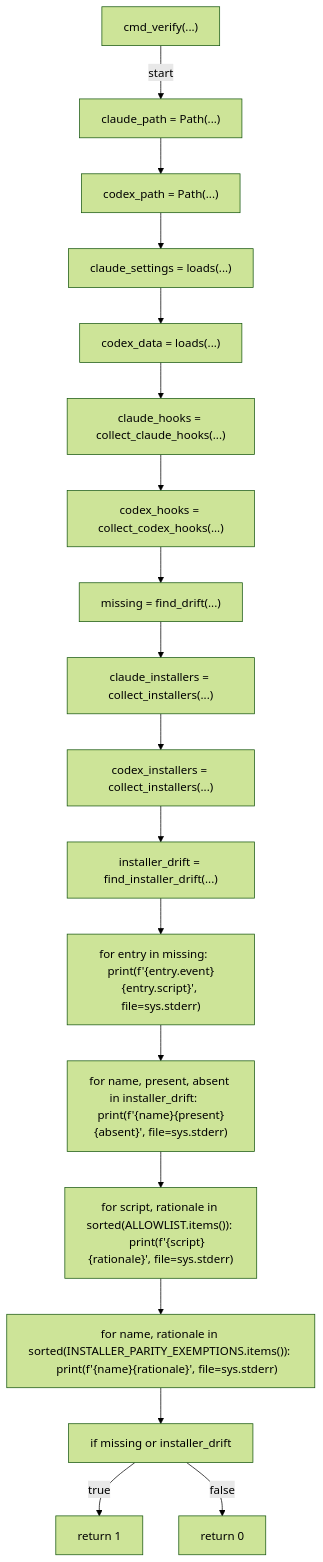
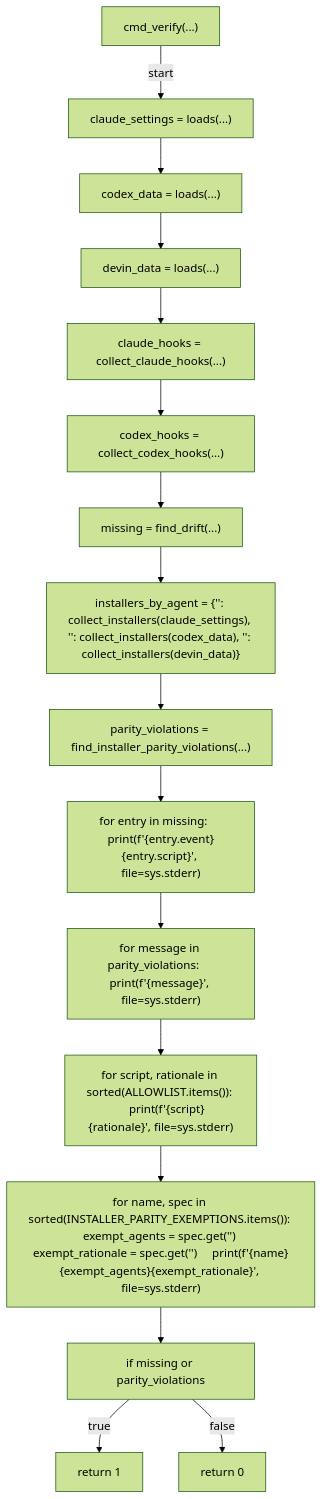
One commit to tvna/claude-md changed diagram 11 of 12 in docs/generated/scripts/ast/scan_hook_coverage_drift.md. Above: the diagram before and after it, drawn with Mermaid (forest theme). The commit also changed other lines of this file, not shown here.

First line of the commit message:
docs(generated): regenerate decision tree and workflow diagrams

````diff
--- a/docs/generated/scripts/ast/scan_hook_coverage_drift.md
+++ b/docs/generated/scripts/ast/scan_hook_coverage_drift.md
@@ -114,38 +157,34 @@
 ```mermaid
 flowchart TD
     N001["cmd_verify(...)"]
-    N002["claude_path = Path(...)"]
-    N003["codex_path = Path(...)"]
-    N004["claude_settings = loads(...)"]
-    N005["codex_data = loads(...)"]
-    N006["claude_hooks = collect_claude_hooks(...)"]
-    N007["codex_hooks = collect_codex_hooks(...)"]
-    N008["missing = find_drift(...)"]
-    N009["claude_installers = collect_installers(...)"]
-    N010["codex_installers = collect_installers(...)"]
-    N011["installer_drift = find_installer_drift(...)"]
-    N012["for entry in missing:     print(f'<str>{entry.event}<str>{entry.script}<str>', file=sys.stderr)"]
-    N013["for name, present, absent in installer_drift:     print(f'<str>{name}<str>{present}<str>{absent}<str>', file=sys.stderr)"]
-    N014["for script, rationale in sorted(ALLOWLIST.items()):     print(f'<str>{script}<str>{rationale}', file=sys.stderr)"]
-    N015["for name, rationale in sorted(INSTALLER_PARITY_EXEMPTIONS.items()):     print(f'<str>{name}<str>{rationale}', file=sys.stderr)"]
-    N016["if missing or installer_drift"]
-    N017["return 1"]
-    N018["return 0"]
+    N002["claude_settings = loads(...)"]
+    N003["codex_data = loads(...)"]
+    N004["devin_data = loads(...)"]
+    N005["claude_hooks = collect_claude_hooks(...)"]
+    N006["codex_hooks = collect_codex_hooks(...)"]
+    N007["missing = find_drift(...)"]
+    N008["installers_by_agent = {'<str>': collect_installers(claude_settings), '<str>': collect_installers(codex_data), '<str>': collect_installers(devin_data)}"]
+    N009["parity_violations = find_installer_parity_violations(...)"]
+    N010["for entry in missing:     print(f'<str>{entry.event}<str>{entry.script}<str>', file=sys.stderr)"]
+    N011["for message in parity_violations:     print(f'<str>{message}<str>', file=sys.stderr)"]
+    N012["for script, rationale in sorted(ALLOWLIST.items()):     print(f'<str>{script}<str>{rationale}', file=sys.stderr)"]
+    N013["for name, spec in sorted(INSTALLER_PARITY_EXEMPTIONS.items()):     exempt_agents = spec.get('<str>')     exempt_rationale = spec.get('<str>')     print(f'<str>{name}<str>{exempt_agents}<str>{exempt_rationale}', file=sys.stderr)"]
+    N014["if missing or parity_violations"]
+    N015["return 1"]
+    N016["return 0"]
     N001 -->|"start"| N002
     N002 --> N003
     N003 --> N004
     N004 --> N005
     N005 --> N006
     N006 --> N007
     N007 --> N008
     N008 --> N009
     N009 --> N010
     N010 --> N011
     N011 --> N012
     N012 --> N013
     N013 --> N014
-    N014 --> N015
-    N015 --> N016
-    N016 -->|"true"| N017
-    N016 -->|"false"| N018
+    N014 -->|"true"| N015
+    N014 -->|"false"| N016
 ```
````
